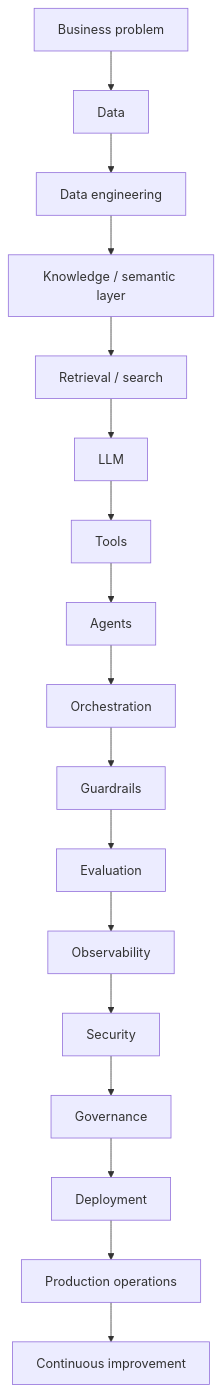
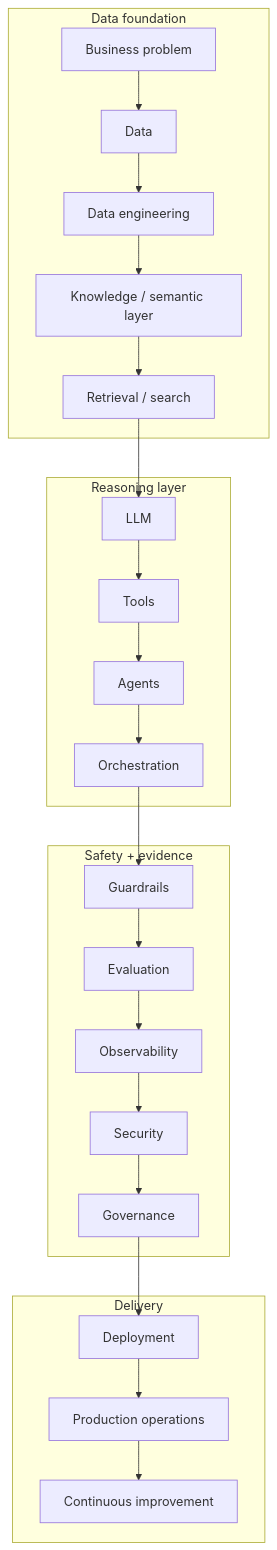
Before and after one commit to krishnaviswa/AiLearner: the diagram in 00-MASTER-MAP/master-mindmap.md, drawn with Mermaid. The commit also changed 109 other files, not shown here.

Commit message:
Enhance dependency graphs and styling across multiple HTML files. Added class definitions for various components to improve visual representation and organization. Updated flowcharts to include subgraphs for better clarity in the architecture and decision-making processes.

````diff
--- a/00-MASTER-MAP/master-mindmap.md
+++ b/00-MASTER-MAP/master-mindmap.md
@@ -27,19 +27,27 @@
 ```mermaid
 flowchart TB
-  BP[Business problem] --> D[Data]
-  D --> DE[Data engineering]
-  DE --> KL[Knowledge / semantic layer]
-  KL --> RS[Retrieval / search]
-  RS --> LLM[LLM]
-  LLM --> T[Tools]
-  T --> A[Agents]
-  A --> O[Orchestration]
-  O --> G[Guardrails]
-  G --> E[Evaluation]
-  E --> OBS[Observability]
-  OBS --> SEC[Security]
-  SEC --> GOV[Governance]
-  GOV --> DEP[Deployment]
-  DEP --> OPS[Production operations]
-  OPS --> CI[Continuous improvement]
+  subgraph data [Data foundation]
+    BP[Business problem] --> D[Data]
+    D --> DE[Data engineering]
+    DE --> KL[Knowledge / semantic layer]
+    KL --> RS[Retrieval / search]
+  end
+  subgraph reason [Reasoning layer]
+    RS --> LLM[LLM]
+    LLM --> T[Tools]
+    T --> A[Agents]
+    A --> O[Orchestration]
+  end
+  subgraph safe [Safety + evidence]
+    O --> G[Guardrails]
+    G --> E[Evaluation]
+    E --> OBS[Observability]
+    OBS --> SEC[Security]
+    SEC --> GOV[Governance]
+  end
+  subgraph run [Delivery]
+    GOV --> DEP[Deployment]
+    DEP --> OPS[Production operations]
+    OPS --> CI[Continuous improvement]
+  end
 ```
````
